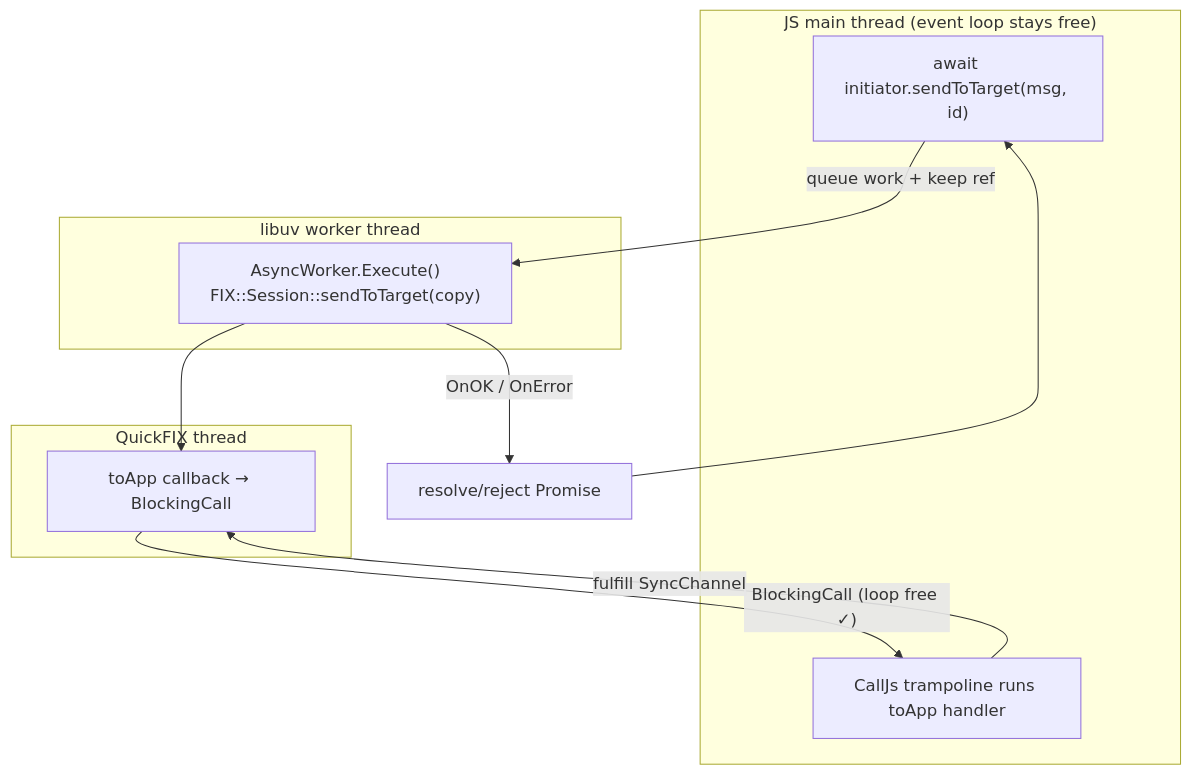
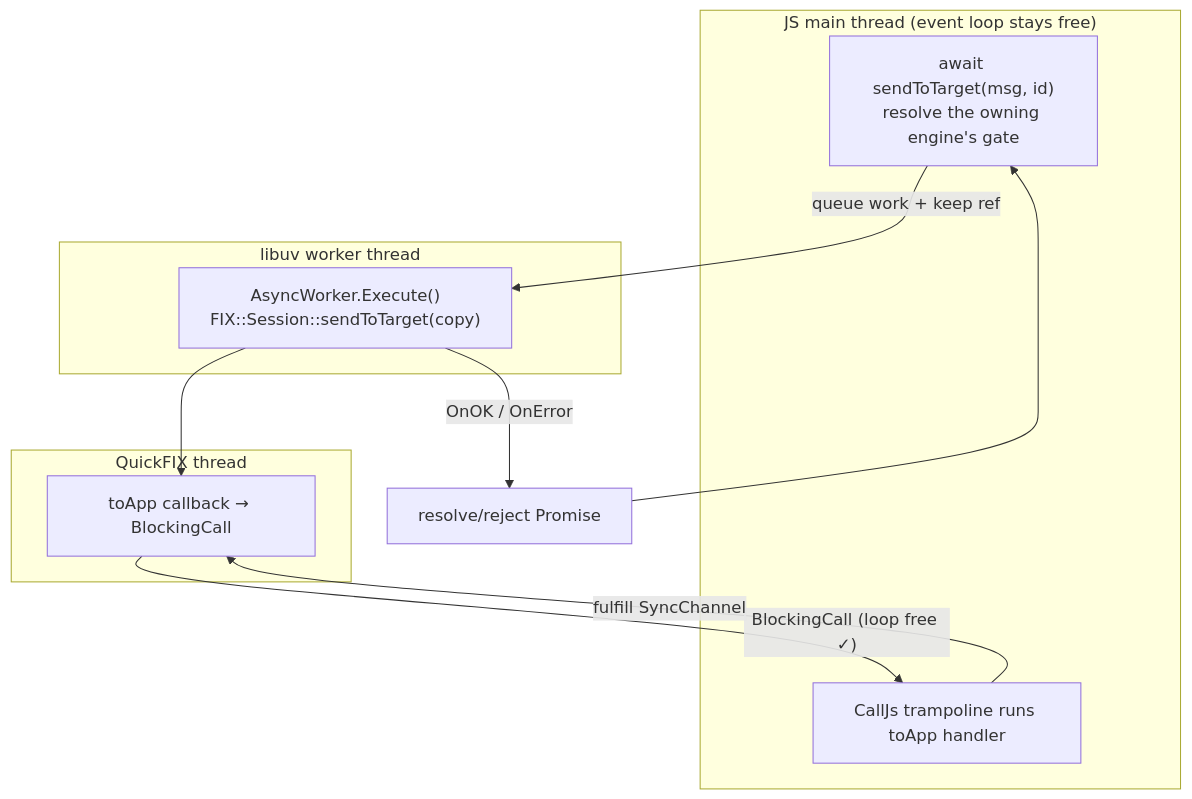
Before and after one commit to homaiohq/napi-quickfix: the fifth of 7 diagrams in ARCHITECTURE.md, drawn with Mermaid. The commit also changed other lines of this file and 22 other files, not shown here.

First line of the commit message:
feat: per-session lookup, sequence numbers and logon control (#22)

````diff
--- a/ARCHITECTURE.md
+++ b/ARCHITECTURE.md
@@ -150,20 +150,20 @@
 ```mermaid
 flowchart TD
   subgraph MAIN["JS main thread (event loop stays free)"]
-    CALL["await initiator.sendToTarget(msg, id)"]
+    CALL["await sendToTarget(msg, id)<br/>resolve the owning engine's gate"]
     CJS["CallJs trampoline runs toApp handler"]
   end
   subgraph WORKER["libuv worker thread"]
     EX["AsyncWorker.Execute()<br/>FIX::Session::sendToTarget(copy)"]
   end
   subgraph QFT["QuickFIX thread"]
     CB["toApp callback → BlockingCall"]
   end
 
   CALL -->|"queue work + keep ref"| EX
   EX --> CB
   CB -->|"BlockingCall (loop free ✓)"| CJS
   CJS -->|"fulfill SyncChannel"| CB
   EX -->|"OnOK / OnError"| RES["resolve/reject Promise"]
   RES --> CALL
 ```
````
